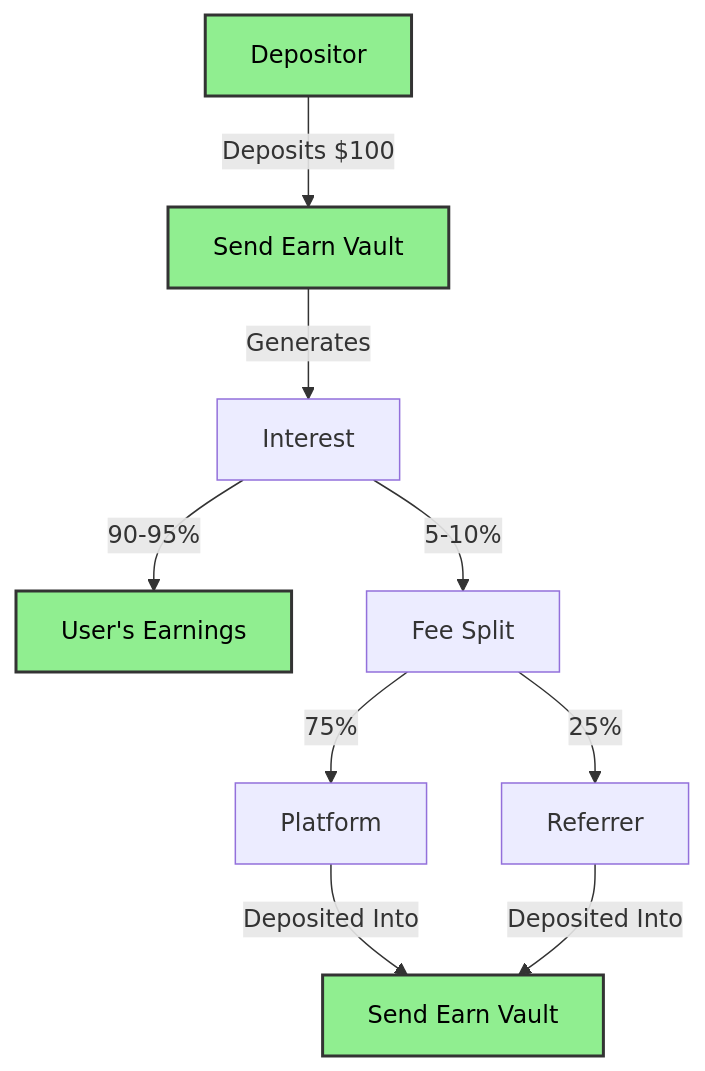
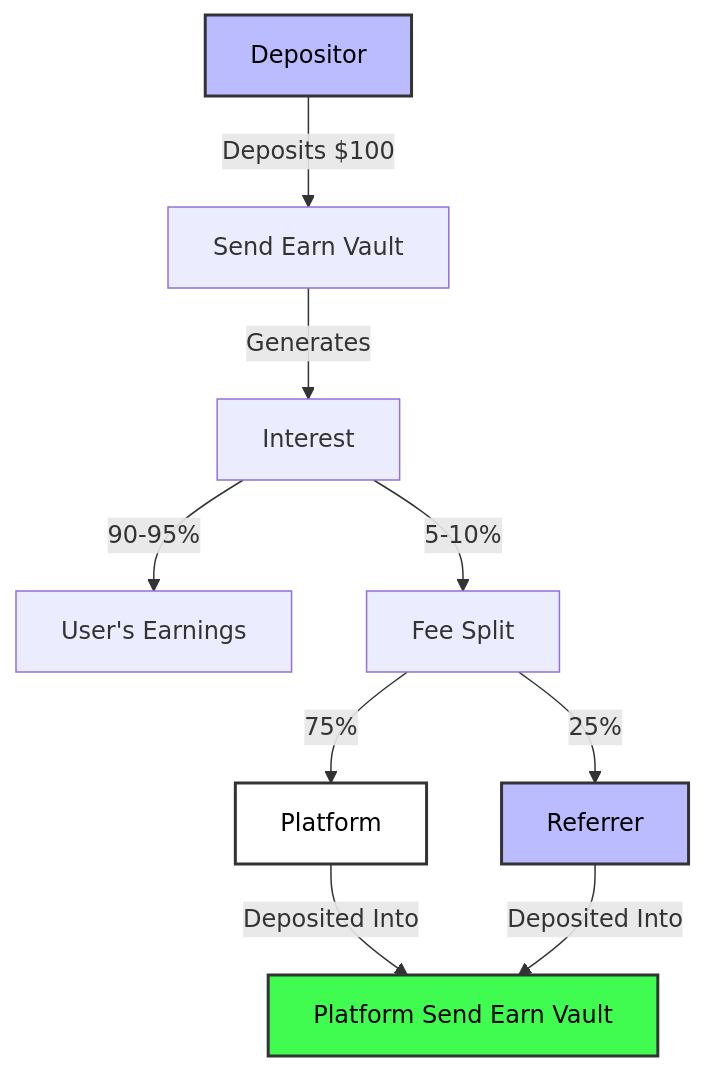
The first of 4 diagrams in docs/send-earn-affiliates.md (0xsend/send-earn-contracts), drawn with Mermaid before and after one commit. The commit also changed other lines of this file, not shown here.

Commit message:
feat(docs): enhance Send Earn affiliates documentation with fee splitting explanation and clarify vault deposit process

````diff
--- a/docs/send-earn-affiliates.md
+++ b/docs/send-earn-affiliates.md
@@ -35,16 +49,16 @@
 ```mermaid
 graph TD
     A[Depositor] -->|Deposits $100| B[Send Earn Vault]
     B -->|Generates| C[Interest]
     C -->|90-95%| D[User's Earnings]
     C -->|5-10%| E[Fee Split]
     E -->|75%| F[Platform]
     E -->|25%| G[Referrer]
-    F -->|Deposited Into| H[Send Earn Vault]
-    G -->|Deposited Into| H[Send Earn Vault]
+    F -->|Deposited Into| H[Platform Send Earn Vault]
+    G -->|Deposited Into| H[Platform Send Earn Vault]
 
-    style A fill:#90EE90,stroke: #333,stroke-width:2px,color:#000
-    style B fill:#90EE90,stroke: #333,stroke-width:2px,color:#000
-    style D fill:#90EE90,stroke: #333,stroke-width:2px,color:#000
-    style H fill:#90EE90,stroke: #333,stroke-width:2px,color:#000
+    style A fill:#bbf,stroke: #333,stroke-width:2px,color:#000
+    style F fill:#FFF,stroke: #333,stroke-width:2px,color:#000
+    style G fill:#bbf,stroke: #333,stroke-width:2px,color:#000
+    style H fill:#40FB50,stroke: #333,stroke-width:2px,color:#000
 ```
````
